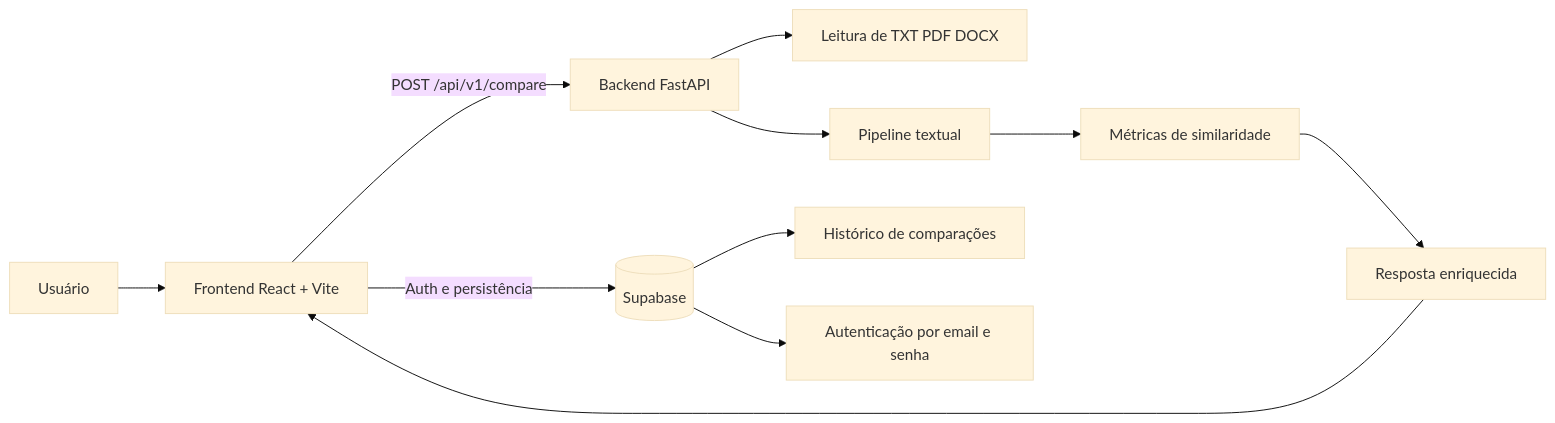
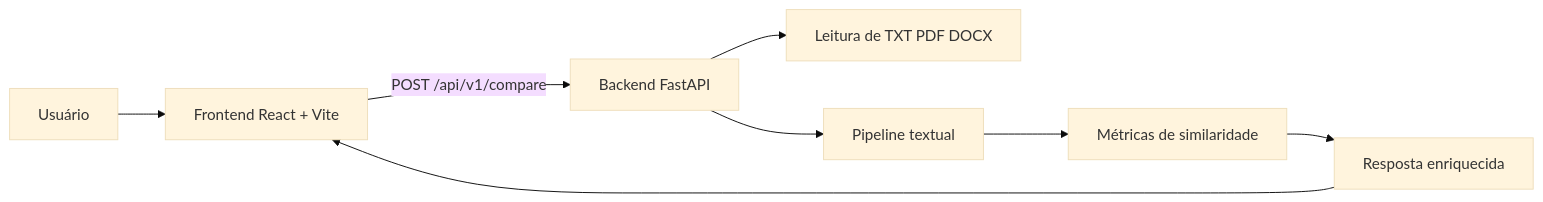
Before and after one commit to alexsanderdias/Comparador-de-Textos---TCC: the diagram in docs/arquitetura-tecnica.md, drawn with Mermaid (base theme). The commit also changed other lines of this file and 14 other files, not shown here.

````diff
--- a/docs/arquitetura-tecnica.md
+++ b/docs/arquitetura-tecnica.md
@@ -13,13 +12,10 @@
 ```mermaid
 flowchart LR
     U[Usuário] --> F[Frontend React + Vite]
     F -->|POST /api/v1/compare| B[Backend FastAPI]
-    F -->|Auth e persistência| S[(Supabase)]
     B --> R[Leitura de TXT PDF DOCX]
     B --> P[Pipeline textual]
     P --> M[Métricas de similaridade]
     M --> O[Resposta enriquecida]
     O --> F
-    S --> H[Histórico de comparações]
-    S --> A[Autenticação por email e senha]
 ```
````
